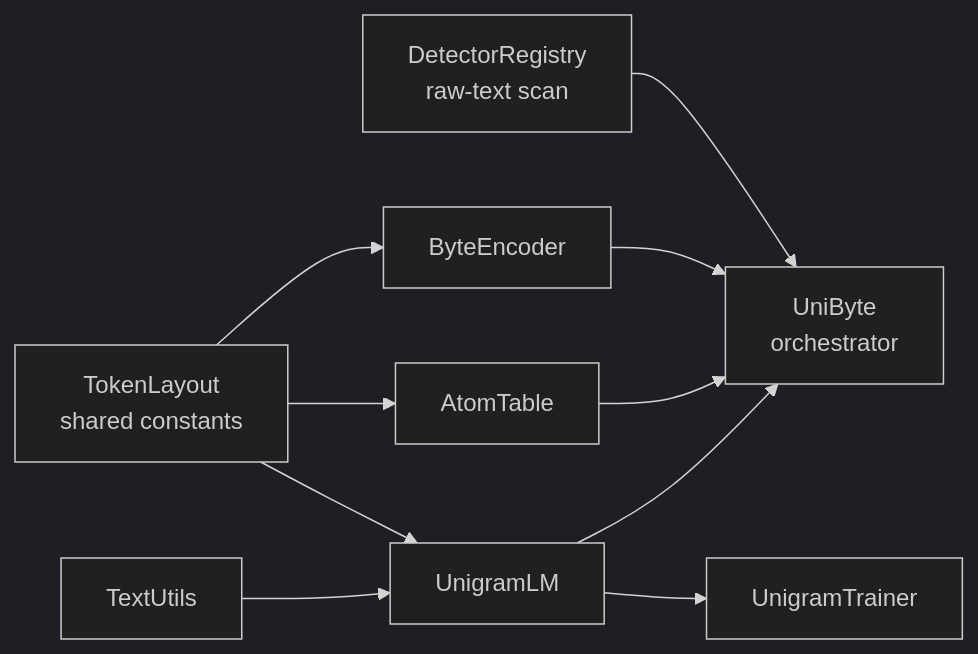
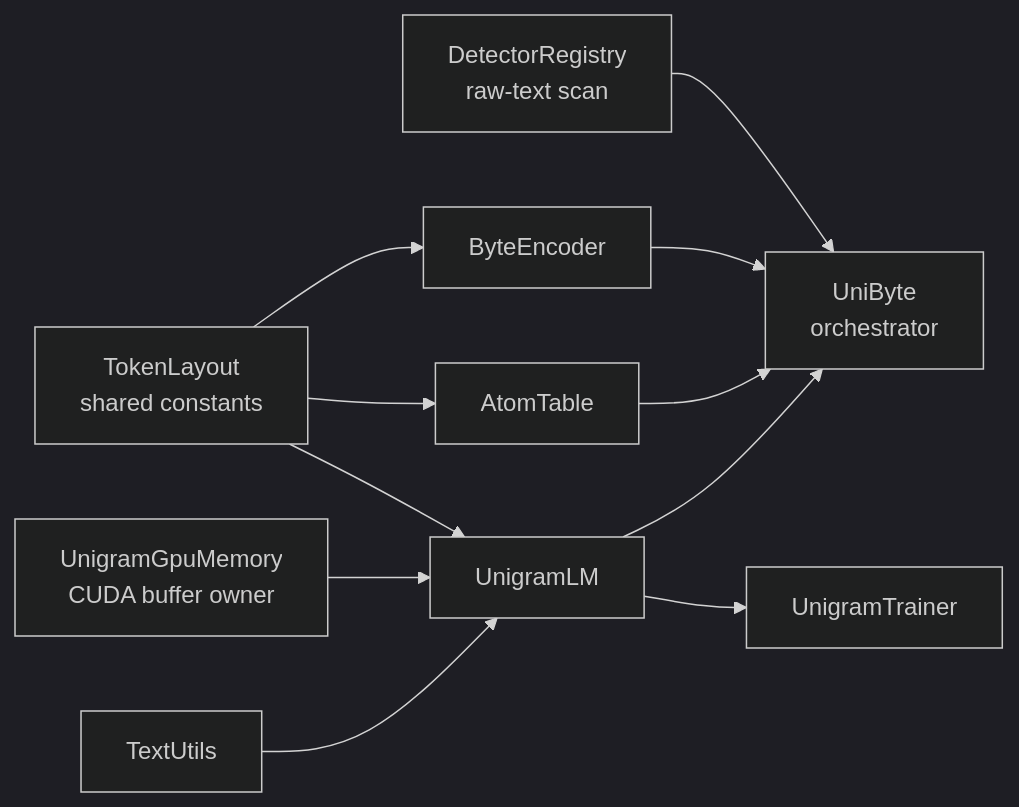
The first of 3 diagrams in resources/models/GRIM-text/Shared/UnigramByte/UnigramByte.codoc.md (Reaper3825/G.R.I.M), drawn with Mermaid (dark theme) before and after one commit. The commit also changed other lines of this file and 36 other files, not shown here.

First line of the commit message:
feat: Enhance GRIM tokenizer with GPU memory management and header validation

````diff
--- a/resources/models/GRIM-text/Shared/UnigramByte/UnigramByte.codoc.md
+++ b/resources/models/GRIM-text/Shared/UnigramByte/UnigramByte.codoc.md
@@ -48,15 +52,17 @@
 ```mermaid
 flowchart LR
     TL[TokenLayout
 shared constants] --> BY[ByteEncoder]
     TL --> AT[AtomTable]
     TL --> UG[UnigramLM]
+   UGM[UnigramGpuMemory
+CUDA buffer owner] --> UG
    DT[DetectorRegistry
 raw-text scan] --> UB[UniByte
 orchestrator]
     BY --> UB
     AT --> UB
     UG --> UB
     TU[TextUtils] --> UG
     UG --> UT[UnigramTrainer]
 ```
````
